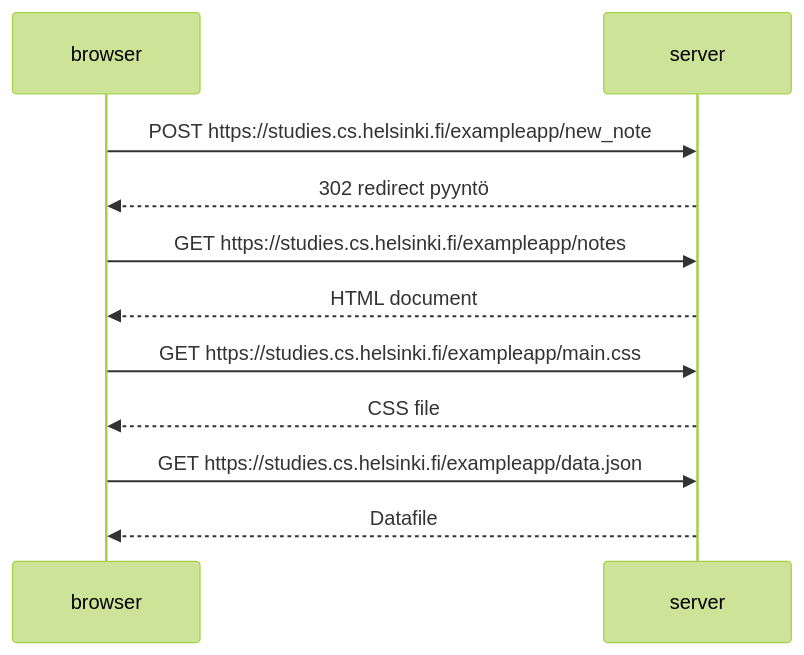
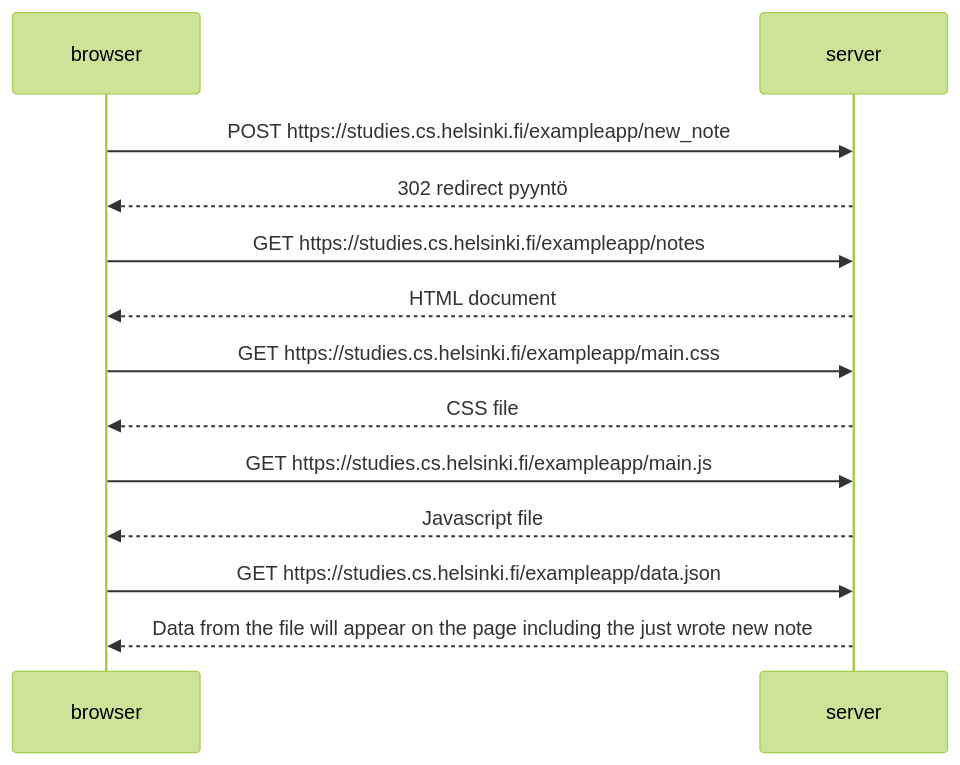
One commit to henniseppis/Fullstack-course changed the diagram in osa0/0.4.md. Above: the diagram before and after it, drawn with Mermaid (forest theme).

````diff
--- a/osa0/0.4.md
+++ b/osa0/0.4.md
@@ -4,23 +4,29 @@
 ```mermaid
 
 sequenceDiagram
     participant browser
     participant server
 
     browser->>server: POST https://studies.cs.helsinki.fi/exampleapp/new_note
-    %% browser sends the created new data (note) to server's address "new_note"
+    %% selain lähettää palvelimelle juuri luodun uuden noten osoitteeseen "new_note"
 
     server-->>browser: 302 redirect pyyntö
-    %% server answers with HTTP code 302 (redirect) -> server asks browser to do automatic HTTP GET -request
+    %% palvelin vastaa HTTP 302 uudelleenohjauspyynnöllä ja pyytää selainta tekemään automaattisen HTTP GET- pyynnön
+   
     browser->>server: GET https://studies.cs.helsinki.fi/exampleapp/notes
-
+    %% HTTP GET - pyyntö headerin "location" pyytämään paikkaan, joka tässä tapauksessa on "notes"
     server-->>browser: HTML document
-
+    
     browser->>server: GET https://studies.cs.helsinki.fi/exampleapp/main.css
-
+    %% edellinen saa myös aikaan 3 muuta HTTP- pyyntöä (tyylitiedosto, javascript-koodi, muistiinpanojen raakadata).
     server-->>browser: CSS file
 
+    browser->>server: GET https://studies.cs.helsinki.fi/exampleapp/main.js
+    %% javascript-koodi
+    server-->>browser: Javascript file
+
     browser->>server: GET https://studies.cs.helsinki.fi/exampleapp/data.json
-    server-->>browser: Datafile 
+    %% muistiinpanojen raakadata
+    server-->>browser: Data from the file will appear on the page including the just wrote new note
     
 ```
````
